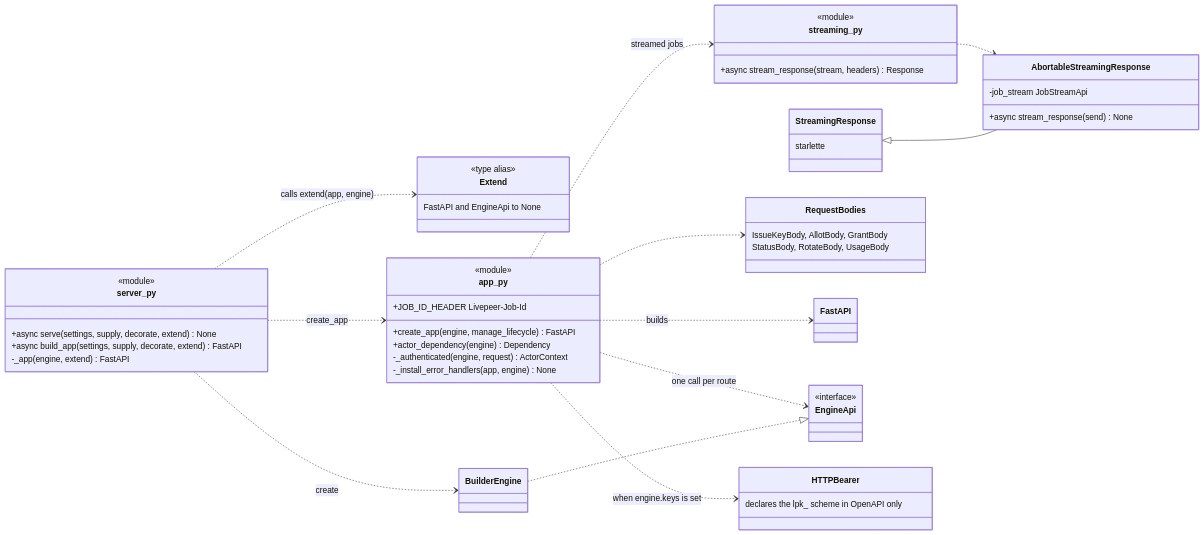
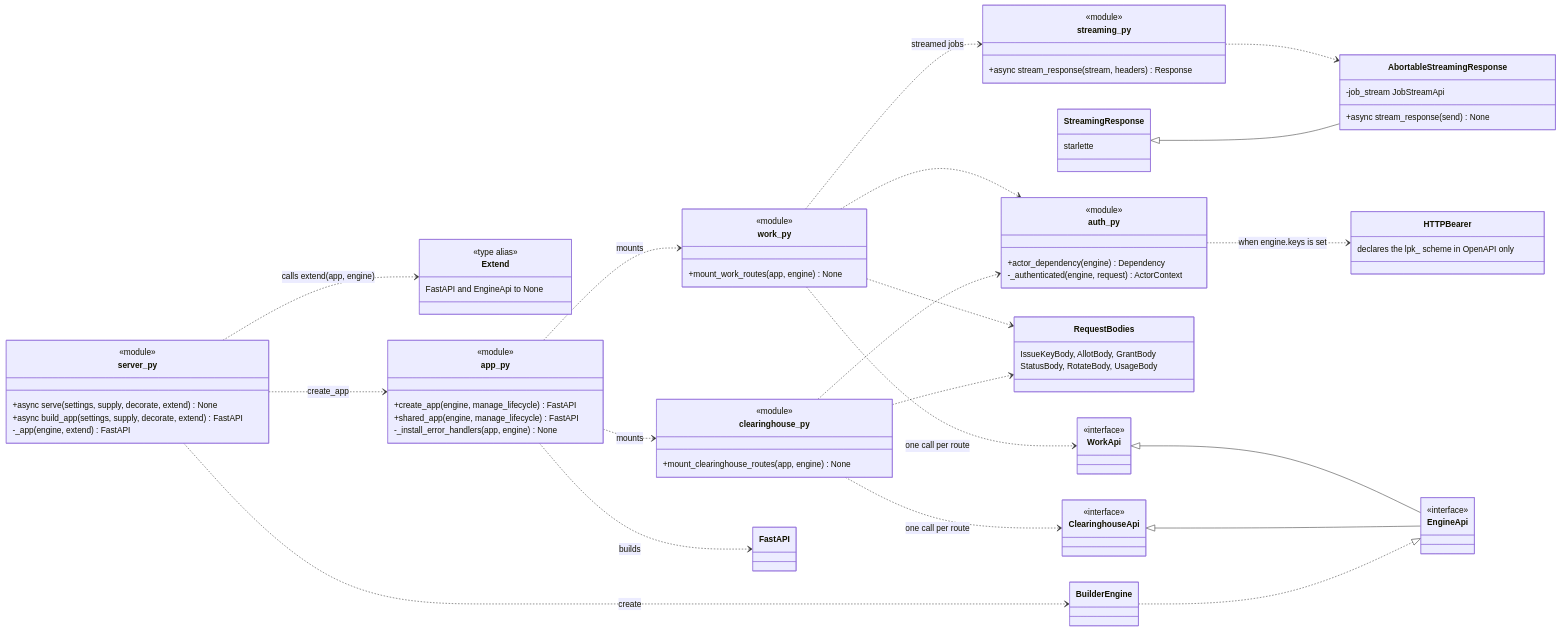
One commit to NE-Build-Track/livepeer-builder-core changed diagram 12 of 16 in docs/design-docs/interfaces-and-http-servers.md. Above: the diagram before and after it, drawn with Mermaid. The commit also changed other lines of this file and 9 other files, not shown here.

First line of the commit message:
refactor(http): the work routes and the clearinghouse routes are two sets, each mounted by itself (#164)

````diff
--- a/docs/design-docs/interfaces-and-http-servers.md
+++ b/docs/design-docs/interfaces-and-http-servers.md
@@ -697,56 +697,81 @@
 ```mermaid
 classDiagram
     direction LR
     class server_py {
         <<module>>
         +async serve(settings, supply, decorate, extend) None
         +async build_app(settings, supply, decorate, extend) FastAPI
         -_app(engine, extend) FastAPI
     }
     class Extend {
         <<type alias>>
         FastAPI and EngineApi to None
     }
     class app_py {
         <<module>>
         +create_app(engine, manage_lifecycle) FastAPI
+        +shared_app(engine, manage_lifecycle) FastAPI
+        -_install_error_handlers(app, engine) None
+    }
+    class work_py {
+        <<module>>
+        +mount_work_routes(app, engine) None
+    }
+    class clearinghouse_py {
+        <<module>>
+        +mount_clearinghouse_routes(app, engine) None
+    }
+    class auth_py {
+        <<module>>
         +actor_dependency(engine) Dependency
         -_authenticated(engine, request) ActorContext
-        -_install_error_handlers(app, engine) None
-        +JOB_ID_HEADER Livepeer-Job-Id
     }
     class streaming_py {
         <<module>>
         +async stream_response(stream, headers) Response
     }
     class AbortableStreamingResponse {
         -job_stream JobStreamApi
         +async stream_response(send) None
     }
     class StreamingResponse {
         starlette
     }
     class RequestBodies {
         IssueKeyBody, AllotBody, GrantBody
         StatusBody, RotateBody, UsageBody
     }
     class FastAPI
     class EngineApi {
         <<interface>>
     }
+    class WorkApi {
+        <<interface>>
+    }
+    class ClearinghouseApi {
+        <<interface>>
+    }
     class BuilderEngine
     class HTTPBearer {
         declares the lpk_ scheme in OpenAPI only
     }
     server_py ..> BuilderEngine : create
     server_py ..> app_py : create_app
     server_py ..> Extend : calls extend(app, engine)
     app_py ..> FastAPI : builds
-    app_py ..> EngineApi : one call per route
-    app_py ..> HTTPBearer : when engine.keys is set
-    app_py ..> RequestBodies
-    app_py ..> streaming_py : streamed jobs
+    app_py ..> work_py : mounts
+    app_py ..> clearinghouse_py : mounts
+    work_py ..> WorkApi : one call per route
+    clearinghouse_py ..> ClearinghouseApi : one call per route
+    WorkApi <|-- EngineApi
+    ClearinghouseApi <|-- EngineApi
+    work_py ..> auth_py
+    clearinghouse_py ..> auth_py
+    auth_py ..> HTTPBearer : when engine.keys is set
+    work_py ..> RequestBodies
+    clearinghouse_py ..> RequestBodies
+    work_py ..> streaming_py : streamed jobs
     streaming_py ..> AbortableStreamingResponse
     StreamingResponse <|-- AbortableStreamingResponse
     BuilderEngine ..|> EngineApi
 ```
````
